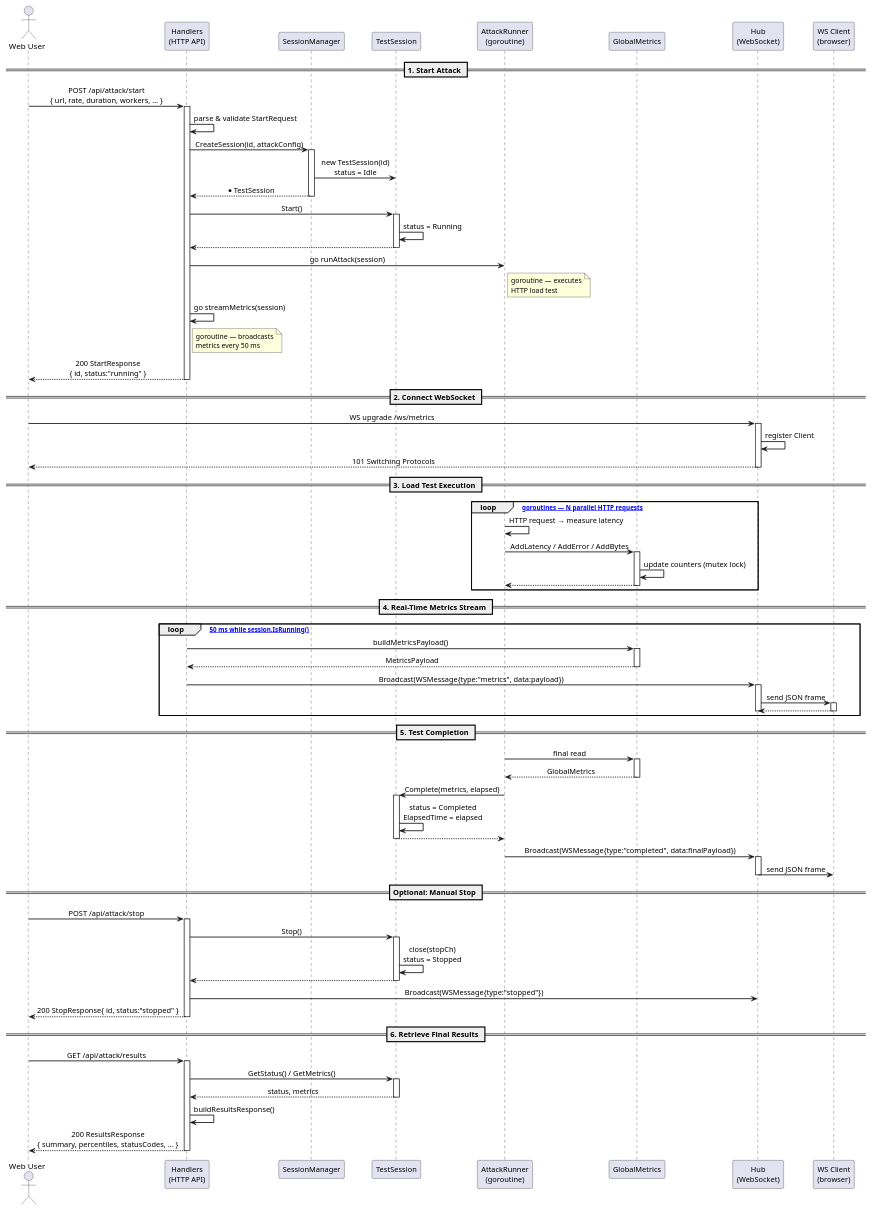
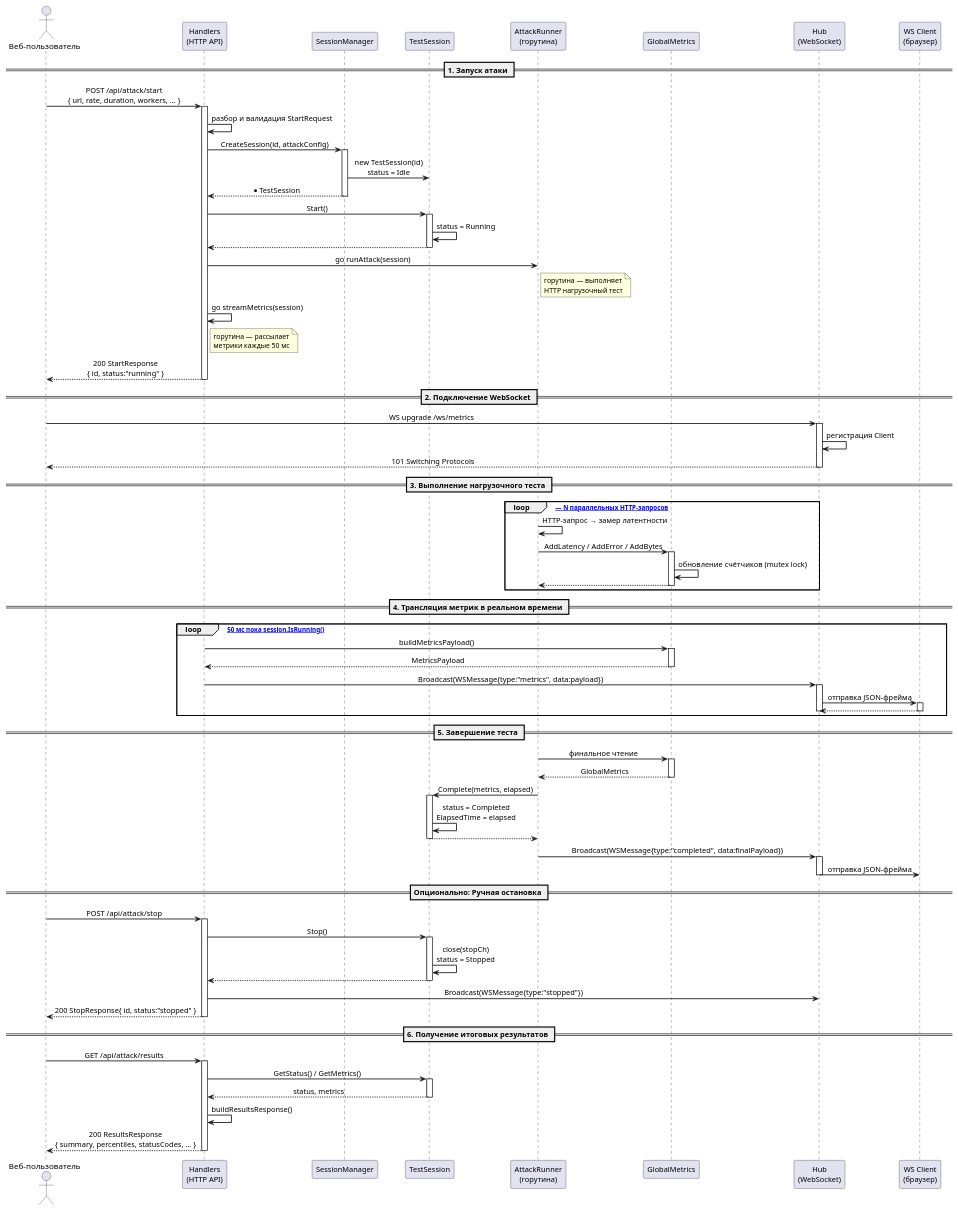
One commit to paniccaaa/tsunami changed the diagram in docs/diagrams/sequence.puml. Above: the diagram before and after it, drawn with PlantUML. The commit also changed 3 other files, not shown here.

```diff
--- a/docs/diagrams/sequence.puml
+++ b/docs/diagrams/sequence.puml
@@ -1,127 +1,127 @@
 @startuml sequence
 ' ============================================================
-' Sequence Diagram — HTTP Attack via Web API + WebSocket
-' Scenario: Web user starts a load test and receives live metrics
+' Диаграмма последовательности — HTTP-атака через Web API + WebSocket
+' Сценарий: веб-пользователь запускает нагрузочный тест и получает метрики в реальном времени
 ' ============================================================
 
 skinparam sequenceMessageAlign center
 skinparam responseMessageBelowArrow true
 skinparam sequenceArrowThickness 1.5
 skinparam participantFontSize 13
 skinparam noteFontSize 12
 
-actor       "Web User"       as User
+actor       "Веб-пользователь" as User
 participant "Handlers\n(HTTP API)"   as H
 participant "SessionManager" as SM
 participant "TestSession"    as TS
-participant "AttackRunner\n(goroutine)" as AR
+participant "AttackRunner\n(горутина)" as AR
 participant "GlobalMetrics"  as GM
 participant "Hub\n(WebSocket)" as Hub
-participant "WS Client\n(browser)" as WS
+participant "WS Client\n(браузер)" as WS
 
-== 1. Start Attack ==
+== 1. Запуск атаки ==
 
 User -> H : POST /api/attack/start\n{ url, rate, duration, workers, ... }
 activate H
 
-H -> H : parse & validate StartRequest
+H -> H : разбор и валидация StartRequest
 H -> SM : CreateSession(id, attackConfig)
 activate SM
 SM -> TS : new TestSession(id)\nstatus = Idle
 SM --> H : *TestSession
 deactivate SM
 
 H -> TS : Start()
 activate TS
 TS -> TS : status = Running
 TS --> H
 deactivate TS
 
 H -> AR : go runAttack(session)
-note right of AR : goroutine — executes\nHTTP load test
+note right of AR : горутина — выполняет\nHTTP нагрузочный тест
 H -> H  : go streamMetrics(session)
-note right of H  : goroutine — broadcasts\nmetrics every 50 ms
+note right of H  : горутина — рассылает\nметрики каждые 50 мс
 
 H --> User : 200 StartResponse\n{ id, status:"running" }
 deactivate H
 
-== 2. Connect WebSocket ==
+== 2. Подключение WebSocket ==
 
 User -> Hub : WS upgrade /ws/metrics
 activate Hub
-Hub -> Hub : register Client
+Hub -> Hub : регистрация Client
 Hub --> User : 101 Switching Protocols
 deactivate Hub
 
-== 3. Load Test Execution ==
+== 3. Выполнение нагрузочного теста ==
 
-loop [worker goroutines — N parallel HTTP requests]
-    AR -> AR : HTTP request → measure latency
+loop [воркер-горутины — N параллельных HTTP-запросов]
+    AR -> AR : HTTP-запрос → замер латентности
     AR -> GM : AddLatency / AddError / AddBytes
     activate GM
-    GM -> GM : update counters (mutex lock)
+    GM -> GM : обновление счётчиков (mutex lock)
     GM --> AR
     deactivate GM
 end
 
-== 4. Real-Time Metrics Stream ==
+== 4. Трансляция метрик в реальном времени ==
 
-loop [every 50 ms while session.IsRunning()]
+loop [каждые 50 мс пока session.IsRunning()]
     H  -> GM  : buildMetricsPayload()
     activate GM
     GM --> H  : MetricsPayload
     deactivate GM
 
     H  -> Hub : Broadcast(WSMessage{type:"metrics", data:payload})
     activate Hub
-    Hub -> WS : send JSON frame
+    Hub -> WS : отправка JSON-фрейма
     activate WS
     WS --> Hub
     deactivate WS
     deactivate Hub
 end
 
-== 5. Test Completion ==
+== 5. Завершение теста ==
 
-AR -> GM : final read
+AR -> GM : финальное чтение
 activate GM
 GM --> AR : GlobalMetrics
 deactivate GM
 
 AR -> TS : Complete(metrics, elapsed)
 activate TS
 TS -> TS : status = Completed\nElapsedTime = elapsed
 TS --> AR
 deactivate TS
 
 AR -> Hub : Broadcast(WSMessage{type:"completed", data:finalPayload})
 activate Hub
-Hub -> WS : send JSON frame
+Hub -> WS : отправка JSON-фрейма
 deactivate Hub
 
-== Optional: Manual Stop ==
+== Опционально: Ручная остановка ==
 
 User -> H : POST /api/attack/stop
 activate H
 H -> TS : Stop()
 activate TS
 TS -> TS : close(stopCh)\nstatus = Stopped
 TS --> H
 deactivate TS
 H -> Hub : Broadcast(WSMessage{type:"stopped"})
 H --> User : 200 StopResponse{ id, status:"stopped" }
 deactivate H
 
-== 6. Retrieve Final Results ==
+== 6. Получение итоговых результатов ==
 
 User -> H : GET /api/attack/results
 activate H
 H -> TS : GetStatus() / GetMetrics()
 activate TS
 TS --> H : status, metrics
 deactivate TS
 H -> H : buildResultsResponse()
 H --> User : 200 ResultsResponse\n{ summary, percentiles, statusCodes, ... }
 deactivate H
 
 @enduml
```
